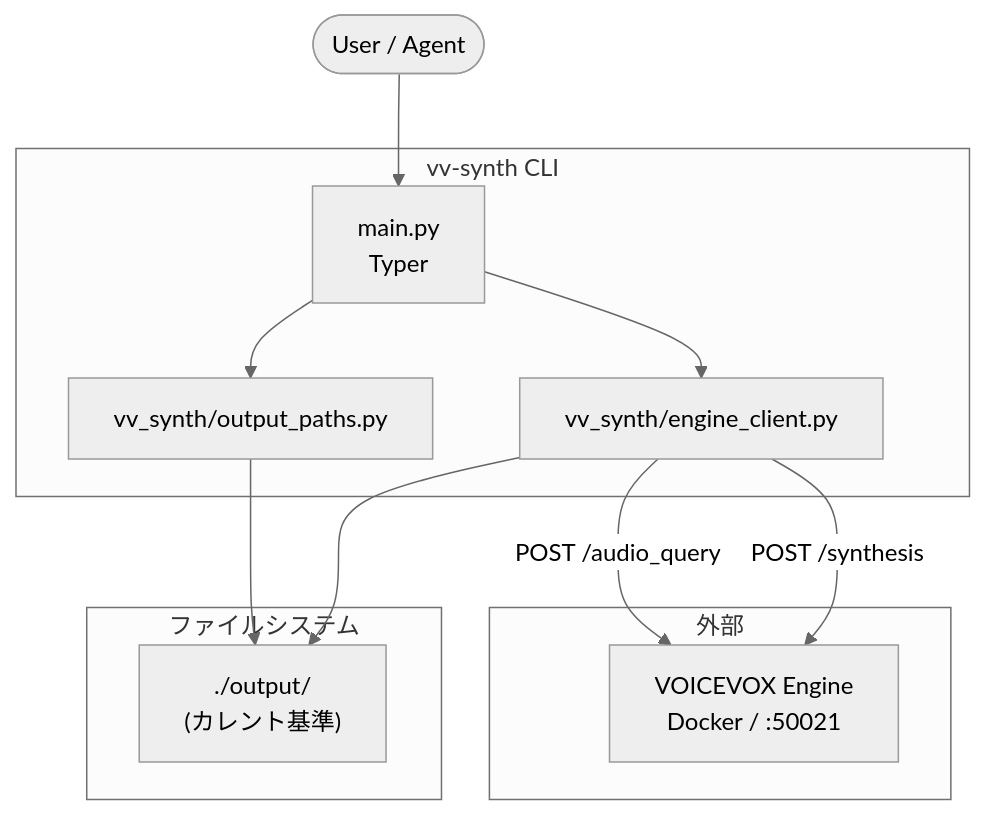
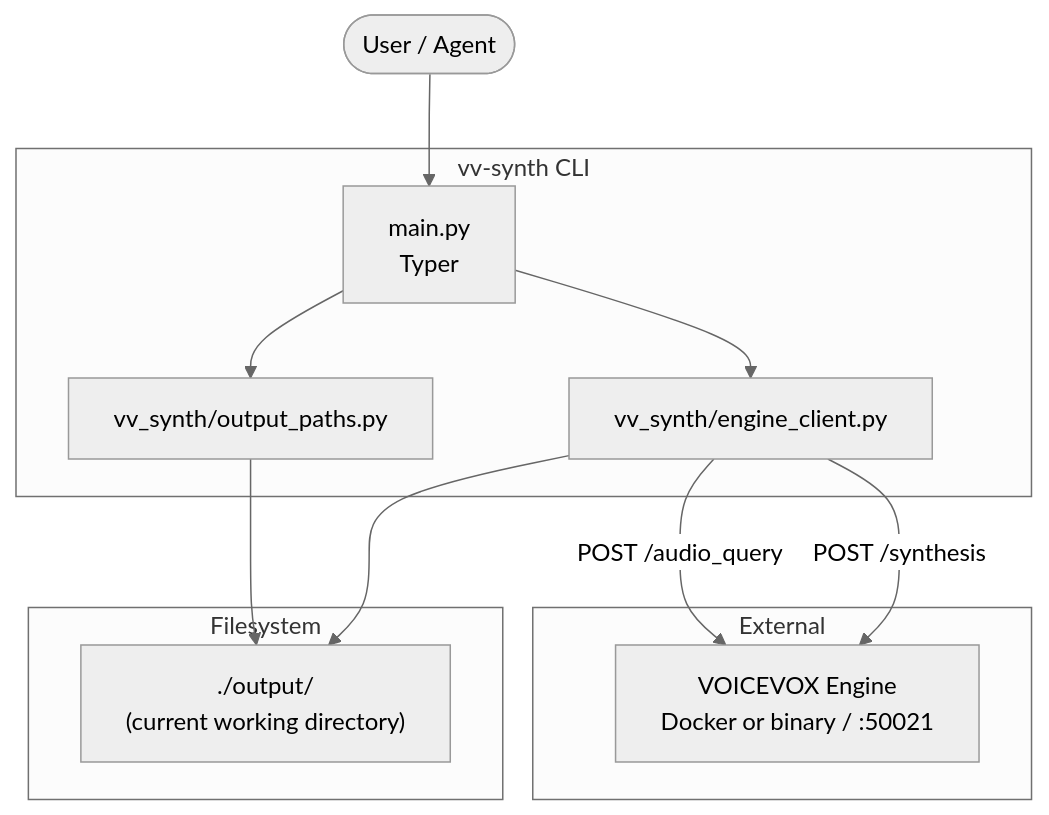
One commit to ru-461/vv-synth changed the first of 2 diagrams in README.md. Above: the diagram before and after it, drawn with Mermaid (neutral theme). The commit also changed other lines of this file and 16 other files, not shown here.

````diff
--- a/README.md
+++ b/README.md
@@ -160,24 +267,24 @@
 ```mermaid
 flowchart TB
   subgraph cli["vv-synth CLI"]
     main["main.py\nTyper"]
     paths["vv_synth/output_paths.py"]
     client["vv_synth/engine_client.py"]
   end
 
-  subgraph external["外部"]
-    engine["VOICEVOX Engine\nDocker / :50021"]
+  subgraph external["External"]
+    engine["VOICEVOX Engine\nDocker or binary / :50021"]
   end
 
-  subgraph fs["ファイルシステム"]
-    outdir["./output/\n(カレント基準)"]
+  subgraph fs["Filesystem"]
+    outdir["./output/\n(current working directory)"]
   end
 
   user(["User / Agent"]) --> main
   main --> paths
   main --> client
   paths --> outdir
   client -->|"POST /audio_query"| engine
   client -->|"POST /synthesis"| engine
   client --> outdir
 ```
````
